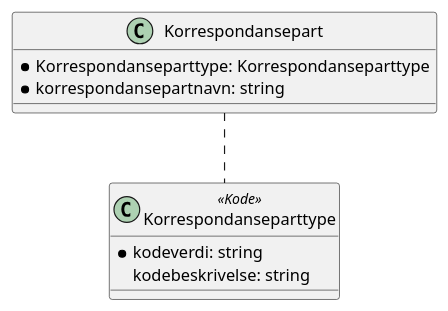
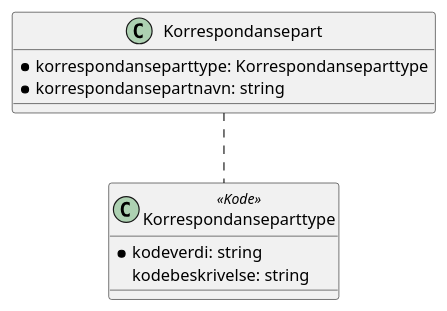
One commit to ks-no/fiks-saksfaser-specification changed the diagram in Dokumentasjon/V1/ClassDiagrams/no.ks.fiks.saksfaser.v1.felles.korrespondansepart/classdiagram.pu. Above: the diagram before and after it, drawn with PlantUML. The commit also changed 29 other files, not shown here.

```diff
--- a/Dokumentasjon/V1/ClassDiagrams/no.ks.fiks.saksfaser.v1.felles.korrespondansepart/classdiagram.pu
+++ b/Dokumentasjon/V1/ClassDiagrams/no.ks.fiks.saksfaser.v1.felles.korrespondansepart/classdiagram.pu
@@ -1,15 +1,15 @@
 @startuml
 
 class Korrespondansepart {
-    *Korrespondanseparttype: Korrespondanseparttype
+    *korrespondanseparttype: Korrespondanseparttype
     *korrespondansepartnavn: string
 }
 
 Korrespondansepart .. Korrespondanseparttype
 
 class Korrespondanseparttype <<Kode>> {
     *kodeverdi: string
     kodebeskrivelse: string
 }
 
 @enduml
```
